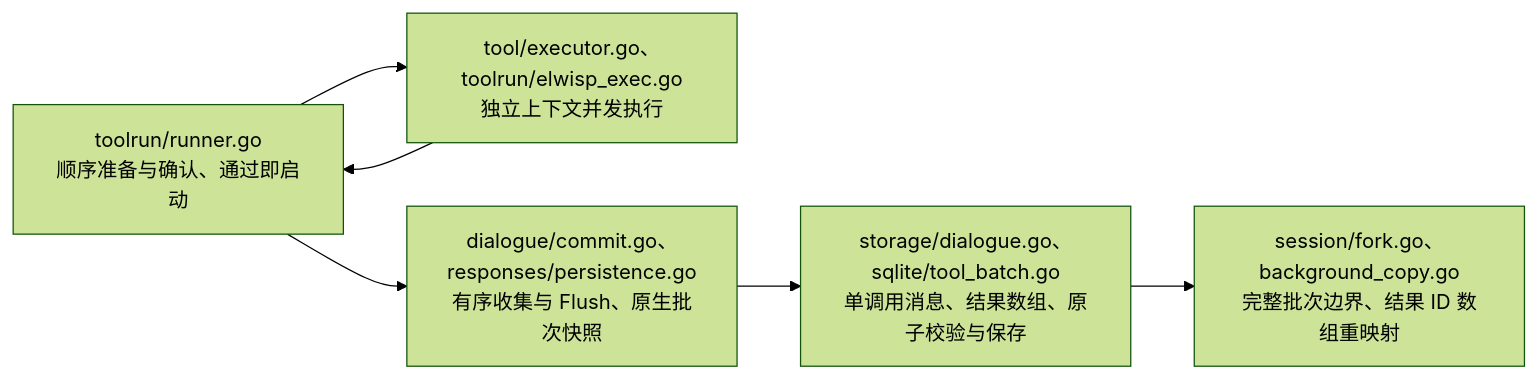
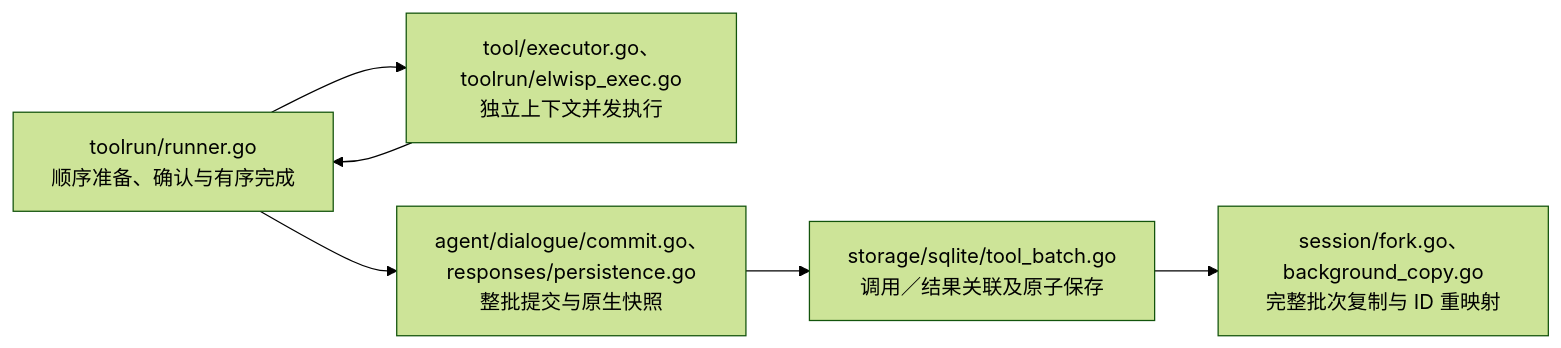
The third of 6 diagrams in devdocs/architecture.md (Elflare/elbot), drawn with Mermaid (forest theme) before and after one commit. The commit also changed other lines of this file and 3 other files, not shown here.

````diff
--- a/devdocs/architecture.md
+++ b/devdocs/architecture.md
@@ -271,8 +169,8 @@
 ```mermaid
 flowchart LR
-    R["toolrun/runner.go<br/>顺序准备与确认、通过即启动"] --> W["tool/executor.go、toolrun/elwisp_exec.go<br/>独立上下文并发执行"]
+    R["toolrun/runner.go<br/>顺序准备、确认与有序完成"] --> W["tool/executor.go、toolrun/elwisp_exec.go<br/>独立上下文并发执行"]
     W --> R
-    R --> C["dialogue/commit.go、responses/persistence.go<br/>有序收集与 Flush、原生批次快照"]
-    C --> S["storage/dialogue.go、sqlite/tool_batch.go<br/>单调用消息、结果数组、原子校验与保存"]
-    S --> F["session/fork.go、background_copy.go<br/>完整批次边界、结果 ID 数组重映射"]
+    R --> C["agent/dialogue/commit.go、responses/persistence.go<br/>整批提交与原生快照"]
+    C --> S["storage/sqlite/tool_batch.go<br/>调用／结果关联及原子保存"]
+    S --> F["session/fork.go、background_copy.go<br/>完整批次复制与 ID 重映射"]
 ```
````
